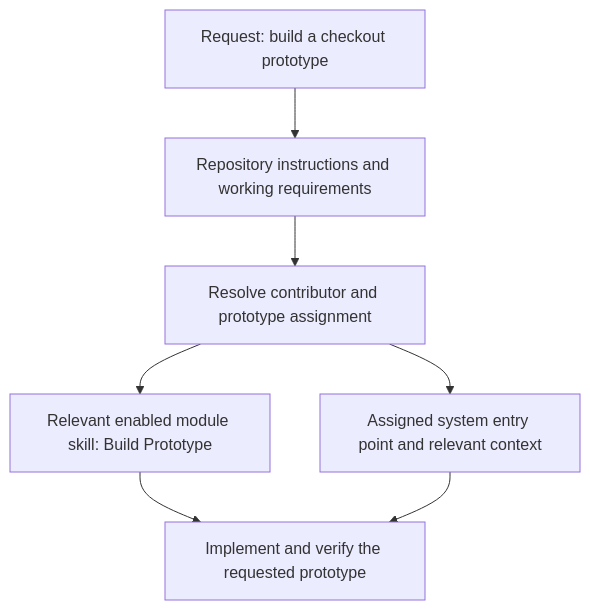
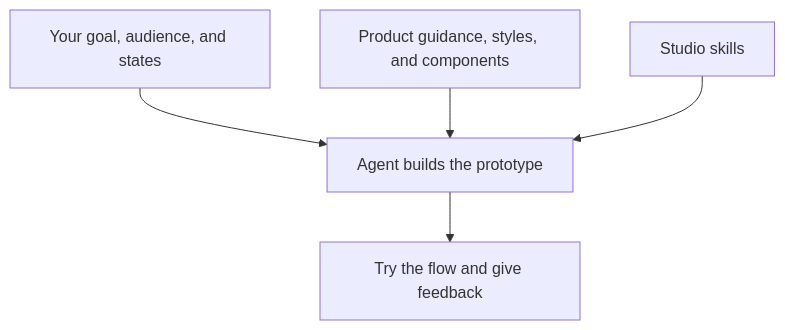
The diagram in src/modules/documentation/pages/agent-task-context.md (itspatmorgan/design-studio-starter), drawn with Mermaid before and after one commit. The commit also changed other lines of this file and 6 other files, not shown here.

Commit message:
Write agent guidance for designers and product managers

````diff
--- a/src/modules/documentation/pages/agent-task-context.md
+++ b/src/modules/documentation/pages/agent-task-context.md
@@ -11,11 +19,9 @@
 ```mermaid
 flowchart TD
-  accTitle: Selecting guidance for a prototype task
-  accDescr: A prototype task uses repository working requirements, contributor and assignment resolution, a relevant enabled module skill, and the assigned system's guidance before implementation and verification.
-  request[Request: build a checkout prototype] --> baseline[Repository instructions and working requirements]
-  baseline --> resolve[Resolve contributor and prototype assignment]
-  resolve --> capability[Relevant enabled module skill: Build Prototype]
-  resolve --> domain[Assigned system entry point and relevant context]
-  capability --> work[Implement and verify the requested prototype]
-  domain --> work
+  accTitle: What helps an agent build the right prototype
+  accDescr: Your request describes the goal, audience, and states to explore. The prototype's system provides product knowledge, styles, and components. Studio skills help the agent build a result for your review.
+  request[Your goal, audience, and states] --> work[Agent builds the prototype]
+  system[Product guidance, styles, and components] --> work
+  skill[Studio skills] --> work
+  work --> review[Try the flow and give feedback]
 ```
````
